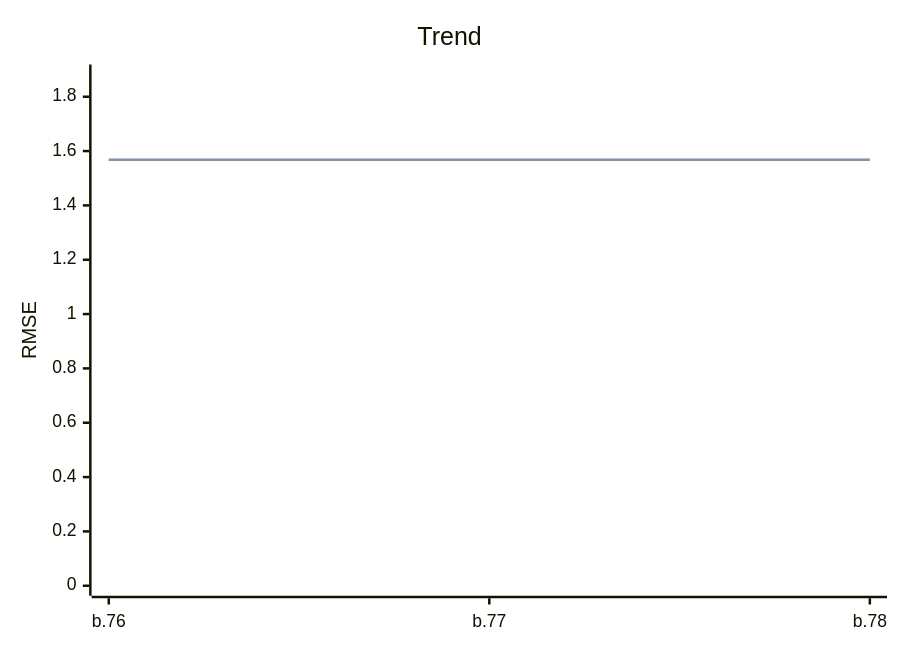
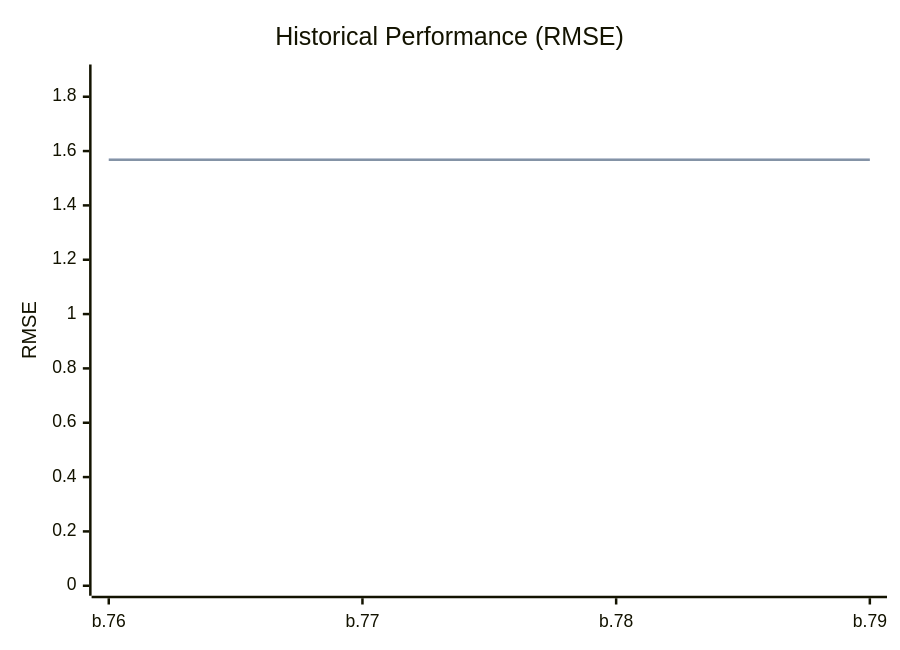
Before and after one commit to timo-eberl/tracy: the first of 2 diagrams in README.md, drawn with Mermaid. The commit also changed other lines of this file and 4 other files, not shown here.

````diff
--- a/README.md
+++ b/README.md
@@ -7,8 +11,9 @@
 ```mermaid
 xychart-beta
-    title "Trend"
-    x-axis ["b.76", "b.77", "b.78"]
+    title "Historical Performance (RMSE)"
+    x-axis ["b.76", "b.77", "b.78", "b.79"]
     y-axis "RMSE" 0 --> 1.8818
-    line [1.5682, 1.5682, 1.5682]
-    line [1.5682, 1.5682, 1.5682]
+    line [1.5682, 1.5682, 1.5682, 1.5682]
+    line [1.5682, 1.5682, 1.5682, 1.5682]
+
 ```
````
